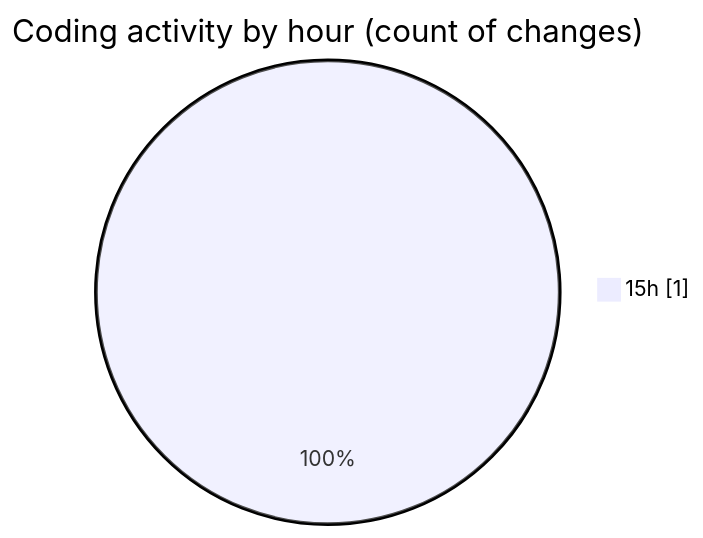
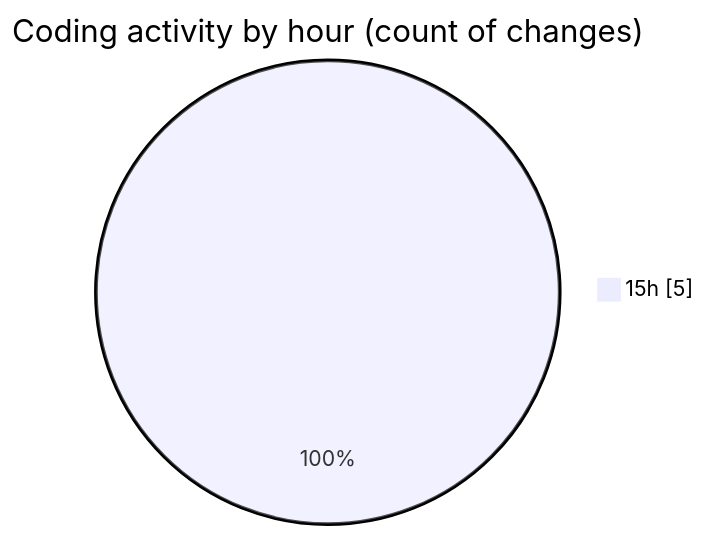
Before and after one commit to robertbonfada/code-tracking: the second of 2 diagrams in 2025-03-08/mbc-web/README.md, drawn with Mermaid. The commit also changed other lines of this file and 1 other file, not shown here.

````diff
--- a/2025-03-08/mbc-web/README.md
+++ b/2025-03-08/mbc-web/README.md
@@ -28,5 +32,5 @@
 ```mermaid
 pie showData
 title Coding activity by hour (count of changes)
-"15h" : 1
+"15h" : 5
 ```
````
